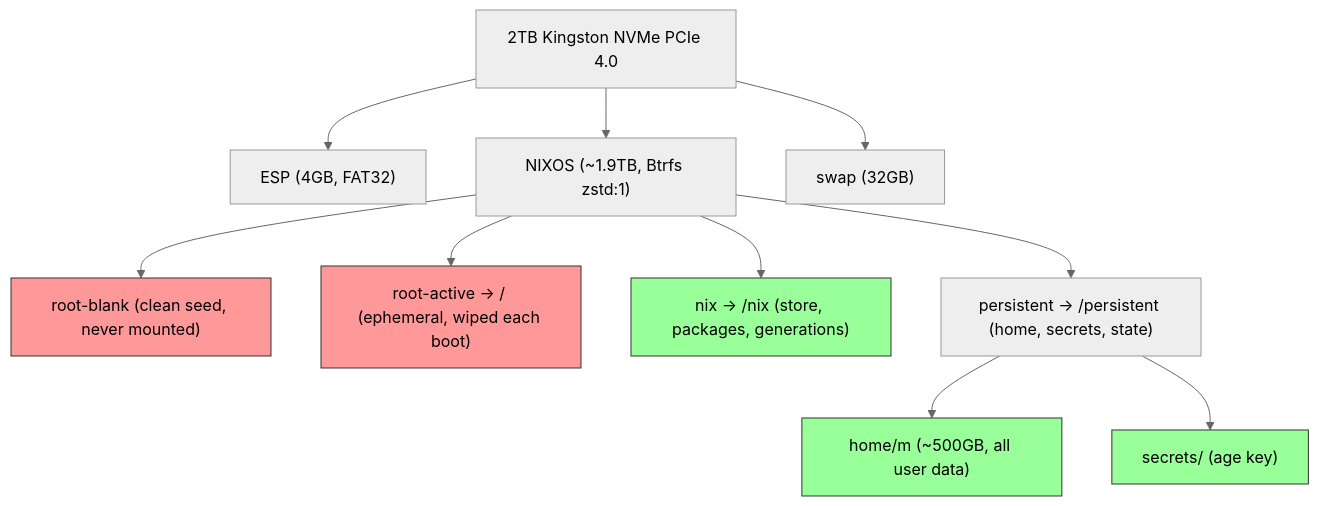
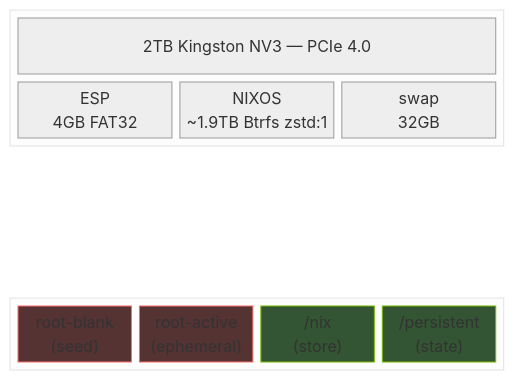
The second of 2 diagrams in README.md (mvrozanti/mandragora), drawn with Mermaid (neutral theme) before and after one commit. The commit also changed other lines of this file, not shown here.

````diff
--- a/README.md
+++ b/README.md
@@ -34,21 +82,27 @@
 ```mermaid
-flowchart TD
-    NVMe["2TB Kingston NVMe PCIe 4.0"]
-    NVMe --> ESP["ESP (4GB, FAT32)"]
-    NVMe --> BTRFS["NIXOS (~1.9TB, Btrfs zstd:1)"]
-    NVMe --> SWAP["swap (32GB)"]
+block-beta
+    columns 3
 
-    BTRFS --> root_blank["root-blank (clean seed, never mounted)"]
-    BTRFS --> root_active["root-active → / (ephemeral, wiped each boot)"]
-    BTRFS --> nix["nix → /nix (store, packages, generations)"]
-    BTRFS --> persistent["persistent → /persistent (home, secrets, state)"]
+    block:nvme:3
+        columns 3
+        header["2TB Kingston NV3 — PCIe 4.0"]:3
+        esp["ESP\n4GB FAT32"]
+        btrfs["NIXOS\n~1.9TB Btrfs zstd:1"]
+        swap["swap\n32GB"]
+    end
 
-    persistent --> home["home/m (~500GB, all user data)"]
-    persistent --> secrets["secrets/ (age key)"]
+    space:3
 
-    classDef ephemeral fill:#f99,stroke:#333,stroke-width:1px
-    classDef persistent fill:#9f9,stroke:#333,stroke-width:1px
+    block:subvols:3
+        columns 4
+        rb["root-blank\n(seed)"]
+        ra["root-active\n(ephemeral)"]
+        nix["/nix\n(store)"]
+        pers["/persistent\n(state)"]
+    end
 
-    class root_blank,root_active ephemeral
-    class home,nix,secrets persistent
+    style rb fill:#553333,stroke:#FF6B6B,color:#fff
+    style ra fill:#553333,stroke:#FF6B6B,color:#fff
+    style nix fill:#335533,stroke:#76B900,color:#fff
+    style pers fill:#335533,stroke:#76B900,color:#fff
 ```
````
